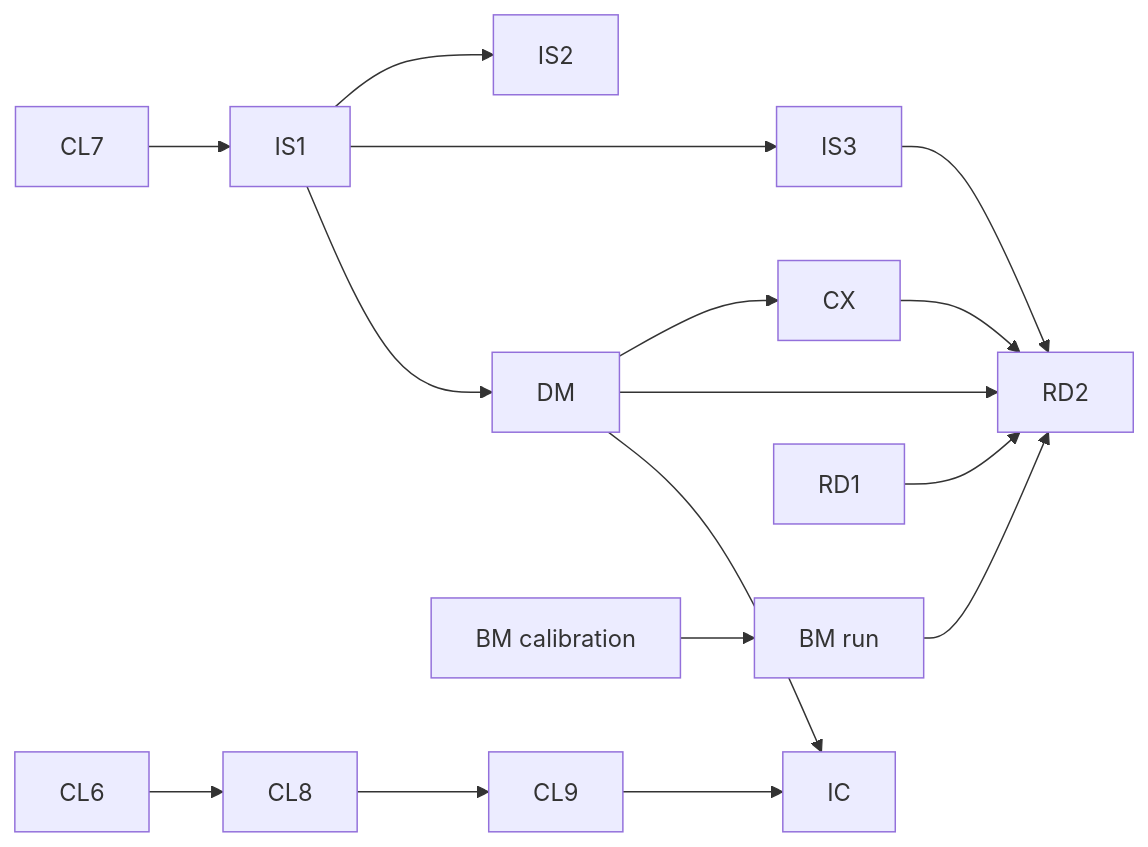
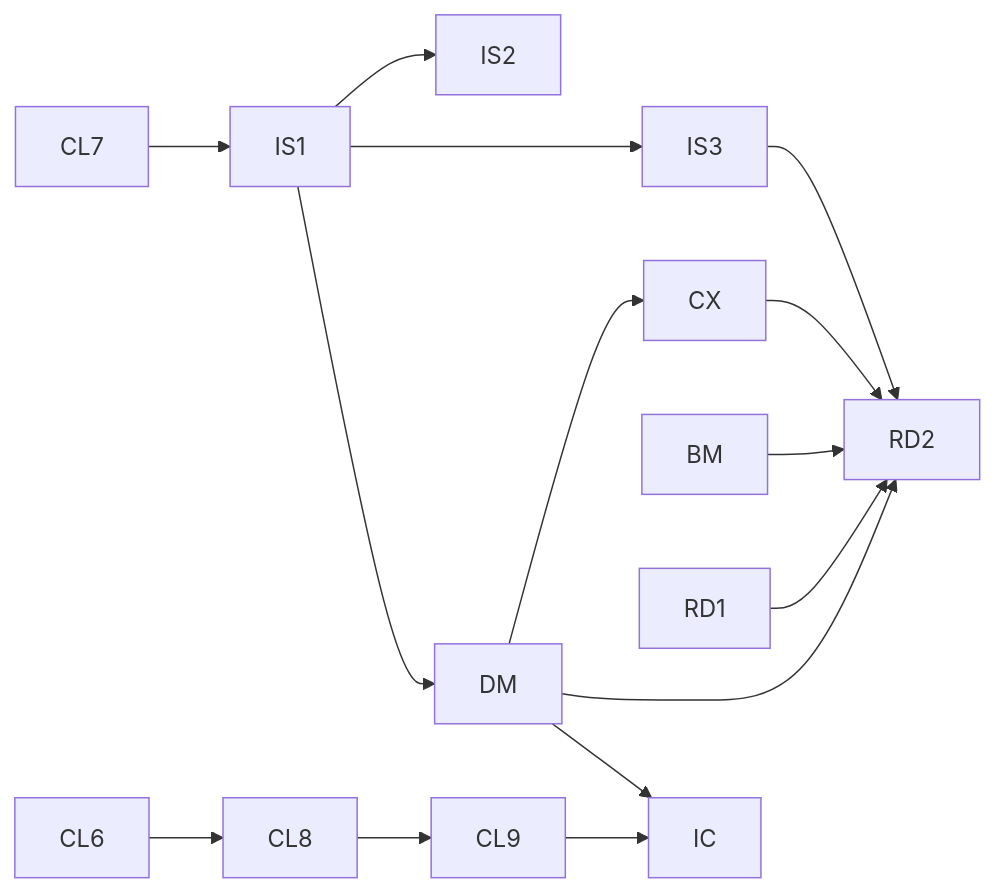
The diagram in docs/plans/2026-10-28-wave-10-umbrella.md (stayfixed/stayfixed), drawn with Mermaid before and after one commit. The commit also changed other lines of this file and 2 other files, not shown here.

````diff
--- a/docs/plans/2026-10-28-wave-10-umbrella.md
+++ b/docs/plans/2026-10-28-wave-10-umbrella.md
@@ -152,18 +159,17 @@
 ```mermaid
 graph LR
   CL7 --> IS1
   IS1 --> IS2
   IS1 --> IS3
   IS1 --> DM
   CL6 --> CL8
   CL8 --> CL9
   DM --> CX
-  BMcal[BM calibration] --> BMrun[BM run]
   DM --> RD2
   CX --> RD2
-  BMrun --> RD2
+  BM --> RD2
   IS3 --> RD2
   RD1 --> RD2
   CL9 --> IC
   DM --> IC
 ```
````
